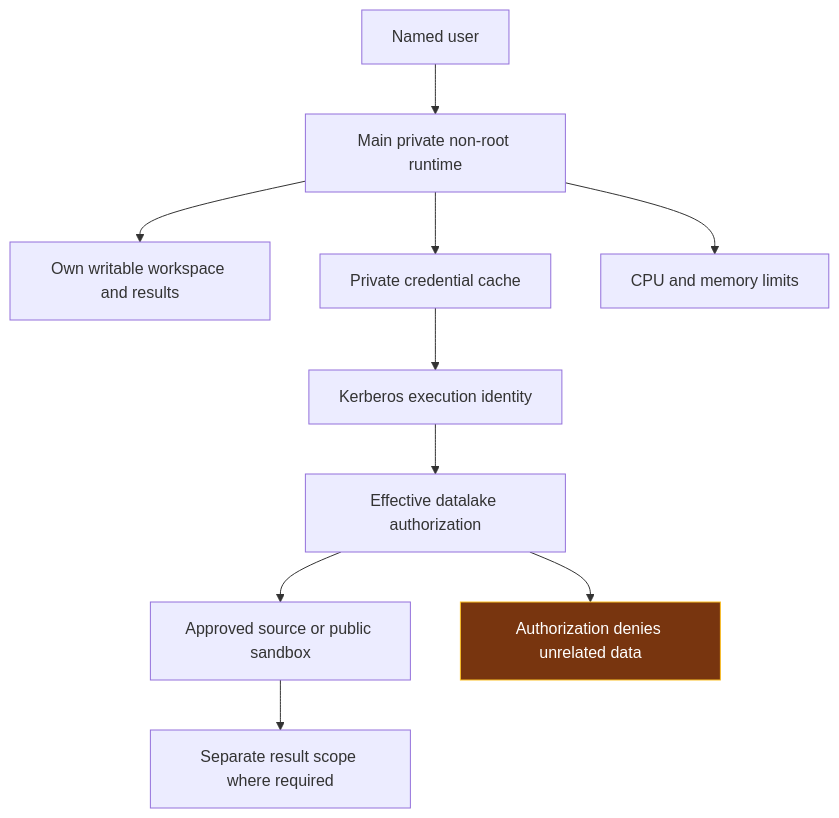
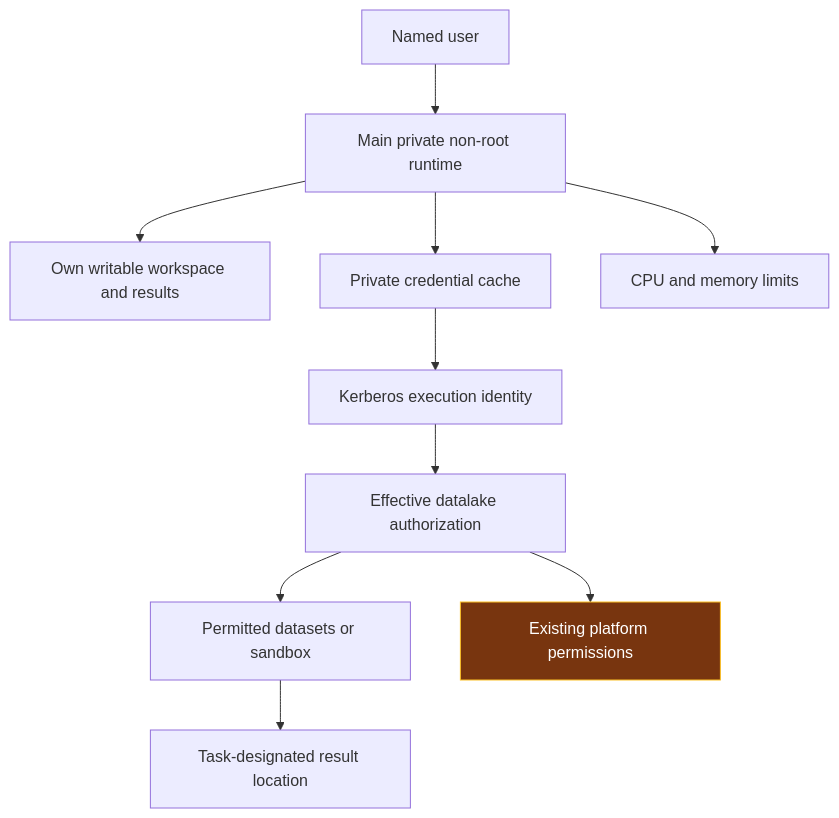
One commit to skunpoj/dsh_setup changed the second of 3 diagrams in docs/DSH_RDT_PILOT_SECURITY_CONTROL_ASSESSMENT.md. Above: the diagram before and after it, drawn with Mermaid. The commit also changed other lines of this file and 4 other files, not shown here.

Commit message:
Separate completed DSH risk controls from external responsibilities and scope limits

````diff
--- a/docs/DSH_RDT_PILOT_SECURITY_CONTROL_ASSESSMENT.md
+++ b/docs/DSH_RDT_PILOT_SECURITY_CONTROL_ASSESSMENT.md
@@ -126,14 +90,14 @@
 ```mermaid
 flowchart TB
  U[Named user] --> P[Main private non-root runtime]
  P --> W[Own writable workspace and results]
  P --> C[Private credential cache]
  C --> K[Kerberos execution identity]
  K --> A[Effective datalake authorization]
- A --> D[Approved source or public sandbox]
- A --> N[Authorization denies unrelated data]
+ A --> D[Permitted datasets or sandbox]
+ A --> N[Existing platform permissions]
  P --> Q[CPU and memory limits]
- D --> O[Separate result scope where required]
+ D --> O[Task-designated result location]
  classDef pending fill:#78350f,stroke:#fbbf24,color:#ffffff
  class N pending
 ```
````
